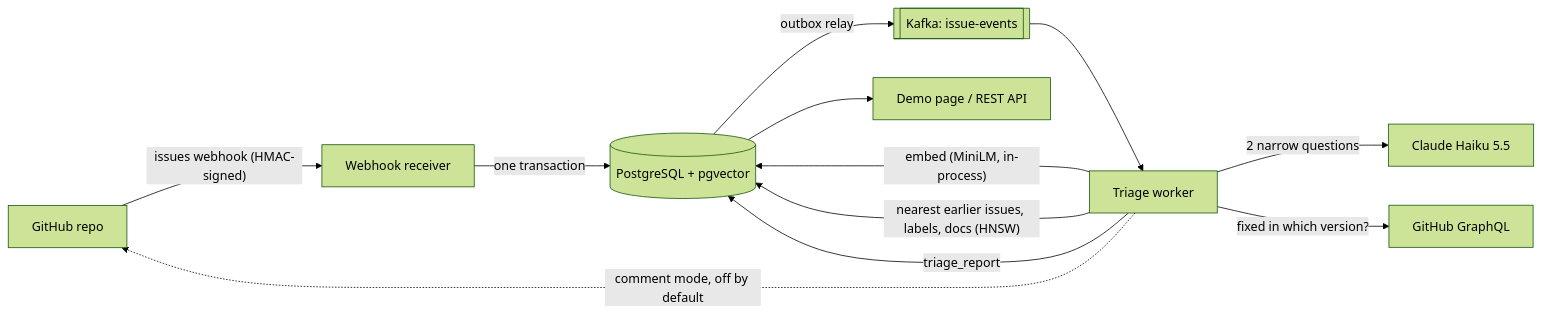
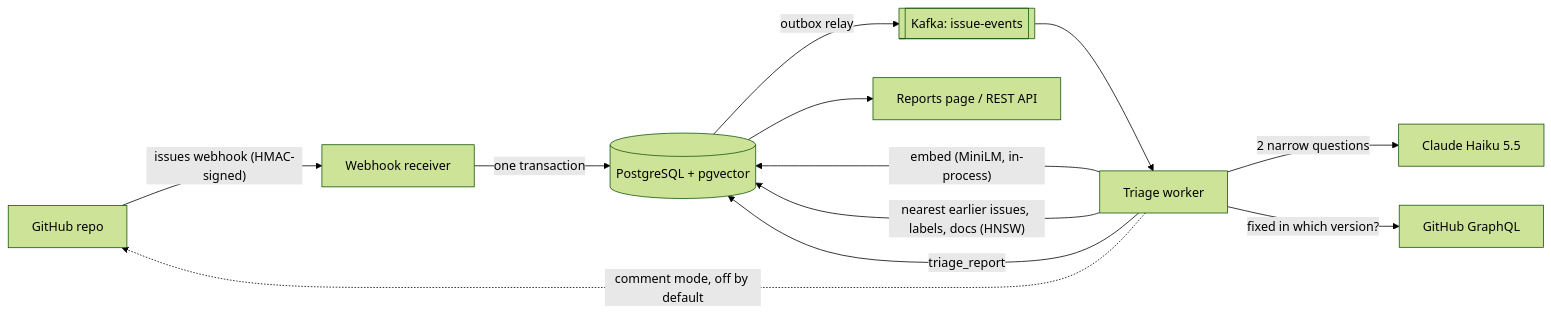
Before and after one commit to SaiSankethG/TriageTag: the diagram in README.md, drawn with Mermaid (forest theme). The commit also changed other lines of this file, not shown here.

Commit message:
README: TriageTag repo link, Reports page, 301 tests, stability section, deploy scripts

````diff
--- a/README.md
+++ b/README.md
@@ -16,14 +16,14 @@
 ```mermaid
 flowchart LR
     GH[GitHub repo] -- "issues webhook (HMAC-signed)" --> R[Webhook receiver]
     R -- "one transaction" --> PG[(PostgreSQL + pgvector)]
     PG -- "outbox relay" --> K[[Kafka: issue-events]]
     K --> W[Triage worker]
     W -- "embed (MiniLM, in-process)" --> PG
     W -- "nearest earlier issues, labels, docs (HNSW)" --> PG
     W -- "2 narrow questions" --> LLM[Claude Haiku 5.5]
     W -- "fixed in which version?" --> GQL[GitHub GraphQL]
     W -- "triage_report" --> PG
-    PG --> UI[Demo page / REST API]
+    PG --> UI[Reports page / REST API]
     W -. "comment mode, off by default" .-> GH
 ```
````
